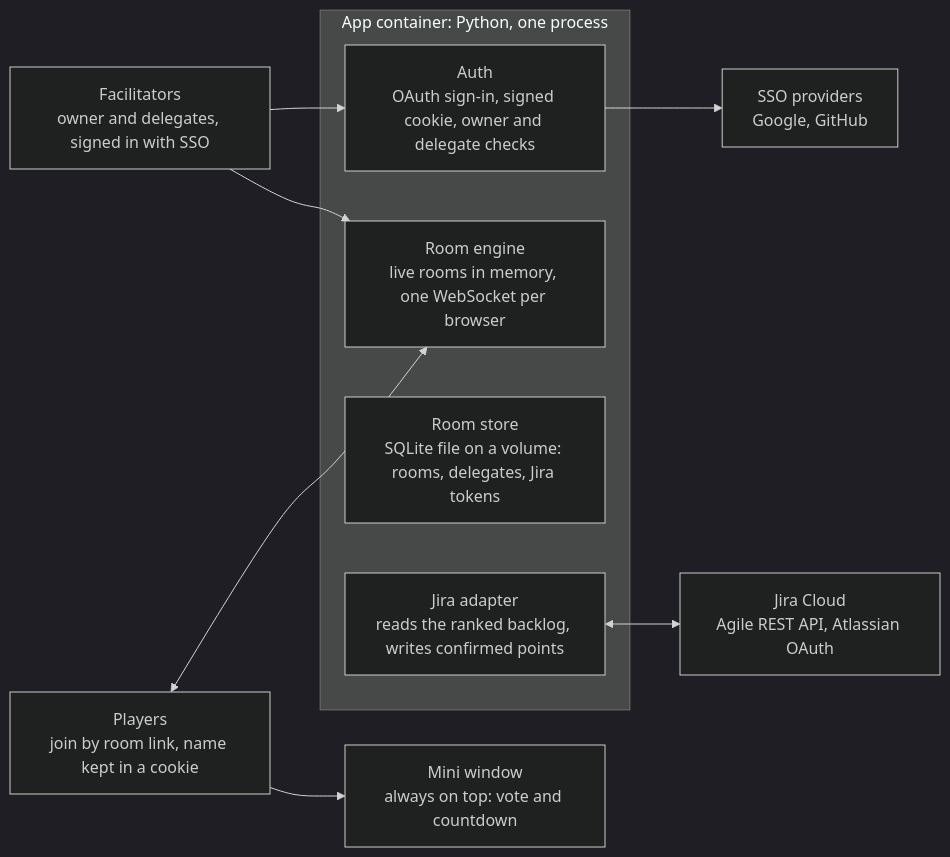
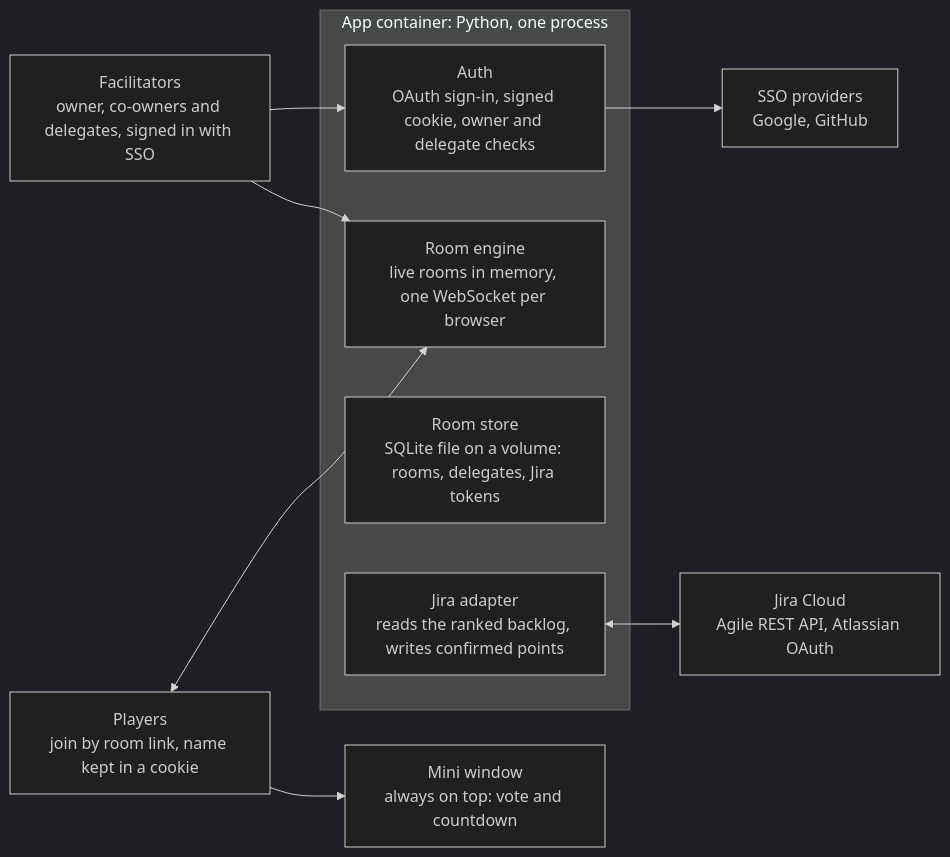
One commit to nijaba/scrum-poker changed the diagram in docs/design.md. Above: the diagram before and after it, drawn with Mermaid (dark theme). The commit also changed other lines of this file and 5 other files, not shown here.

````diff
--- a/docs/design.md
+++ b/docs/design.md
@@ -10,20 +7,20 @@
 ```mermaid
 flowchart LR
-  F["Facilitators<br/>owner and delegates, signed in with SSO"]
+  F["Facilitators<br/>owner, co-owners and delegates, signed in with SSO"]
   P["Players<br/>join by room link, name kept in a cookie"]
   M["Mini window<br/>always on top: vote and countdown"]
   subgraph C["App container: Python, one process"]
     A["Auth<br/>OAuth sign-in, signed cookie, owner and delegate checks"]
     R["Room engine<br/>live rooms in memory, one WebSocket per browser"]
     S["Room store<br/>SQLite file on a volume: rooms, delegates, Jira tokens"]
     J["Jira adapter<br/>reads the ranked backlog, writes confirmed points"]
   end
   SSO["SSO providers<br/>Google, GitHub"]
   JC["Jira Cloud<br/>Agile REST API, Atlassian OAuth"]
   F --> A
   F --> R
   P <--> R
   P --> M
   A --> SSO
   J <--> JC
 ```
````
